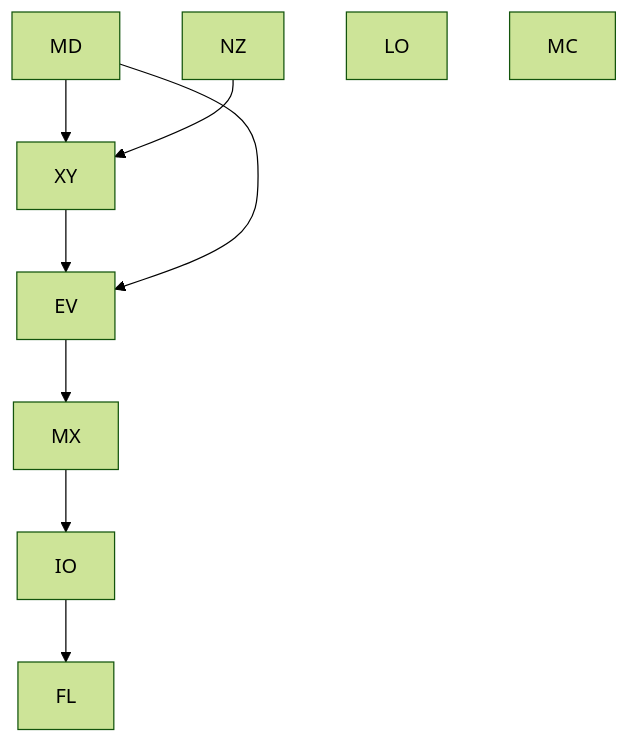
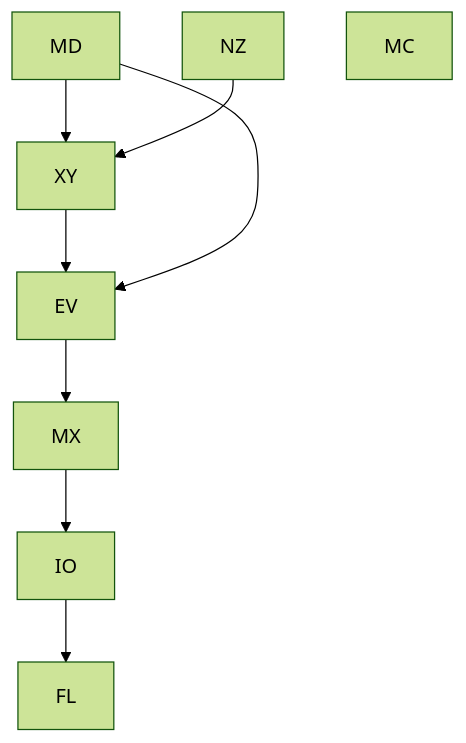
One commit to acumartini/dectet-public changed diagram 19 of 19 in README.md. Above: the diagram before and after it, drawn with Mermaid (forest theme). The commit also changed other lines of this file, not shown here.

````diff
--- a/README.md
+++ b/README.md
@@ -1441,9 +1455,8 @@
 ```mermaid
 flowchart TD
   IO-->FL
   MD-->XY-->EV
   MD-->EV-->MX-->IO
   NZ-->XY
-  LO
   MC
 ```
````
